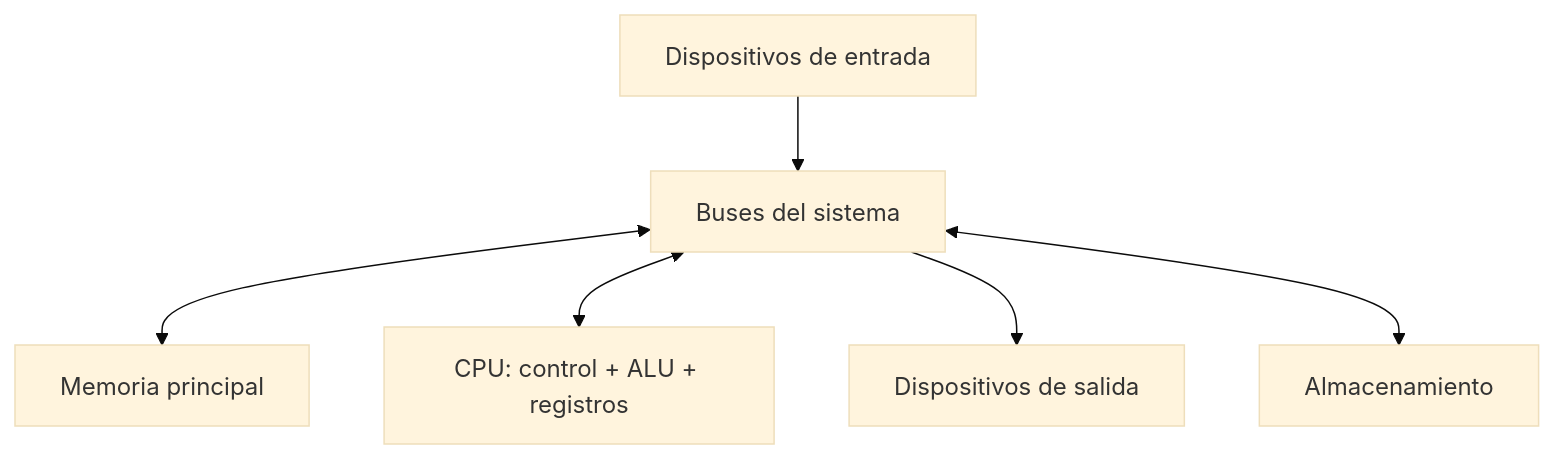
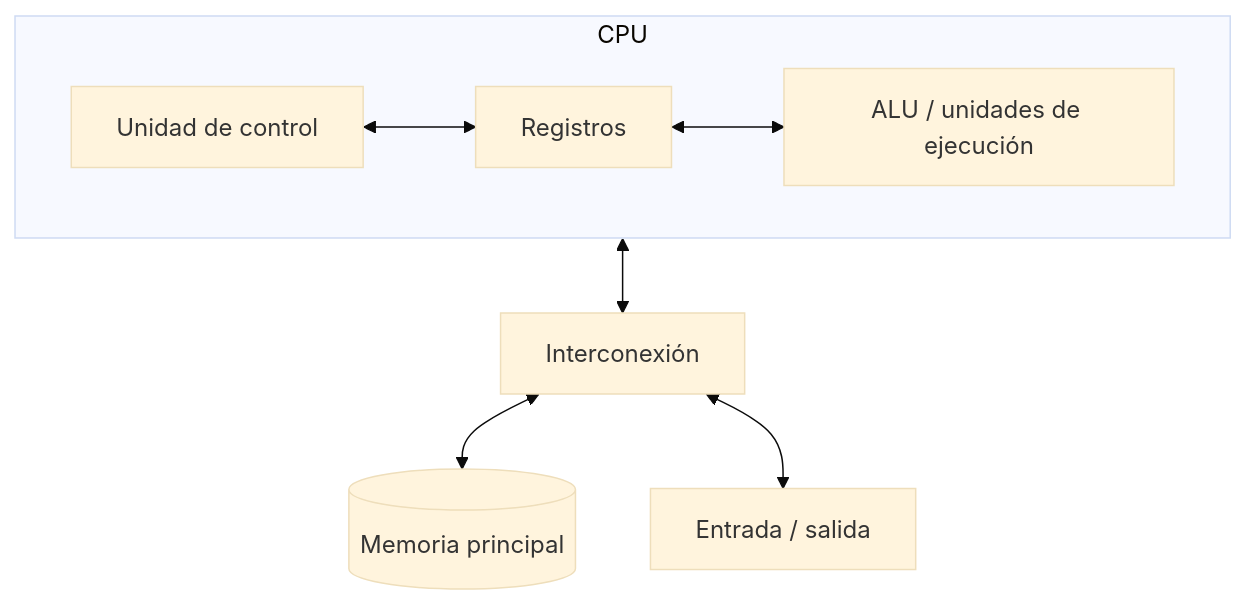
The second of 3 diagrams in UD1/Teoria/01-sistema-y-arquitectura.md (davidmolinafernadez/DAM-SI), drawn with Mermaid (base theme) before and after one commit. The commit also changed other lines of this file and 17 other files, not shown here.

````diff
--- a/UD1/Teoria/01-sistema-y-arquitectura.md
+++ b/UD1/Teoria/01-sistema-y-arquitectura.md
@@ -36,8 +41,13 @@
 ```mermaid
 flowchart TB
-    IN["Dispositivos de entrada"] --> BUS["Buses del sistema"]
-    BUS <--> MEM["Memoria principal"]
-    BUS <--> CPU["CPU: control + ALU + registros"]
-    BUS --> OUT["Dispositivos de salida"]
-    BUS <--> STORE["Almacenamiento"]
+  subgraph CPU
+    UC[Unidad de control]
+    ALU[ALU / unidades de ejecución]
+    REG[Registros]
+    UC <--> REG
+    REG <--> ALU
+  end
+  CPU <--> BUS[Interconexión]
+  BUS <--> RAM[(Memoria principal)]
+  BUS <--> IO[Entrada / salida]
 ```
````
